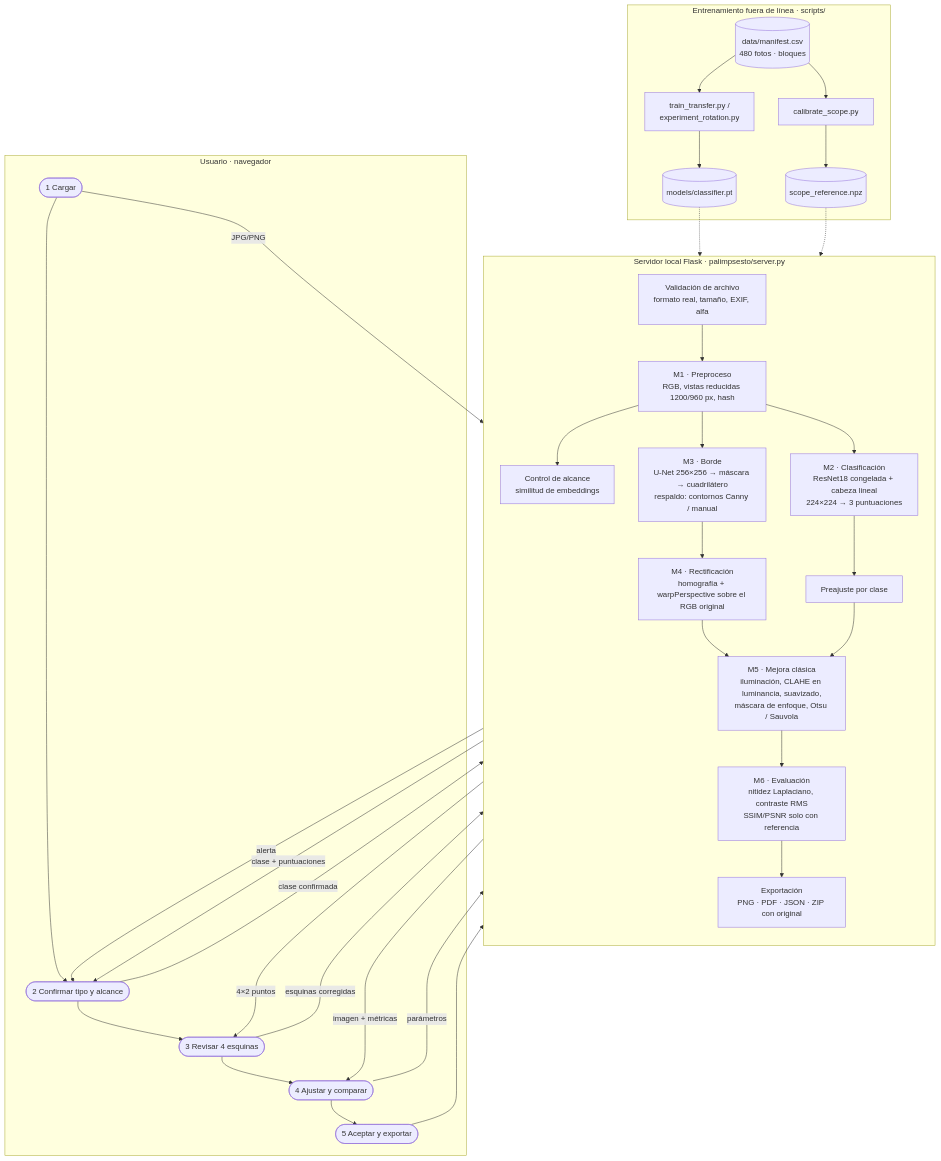
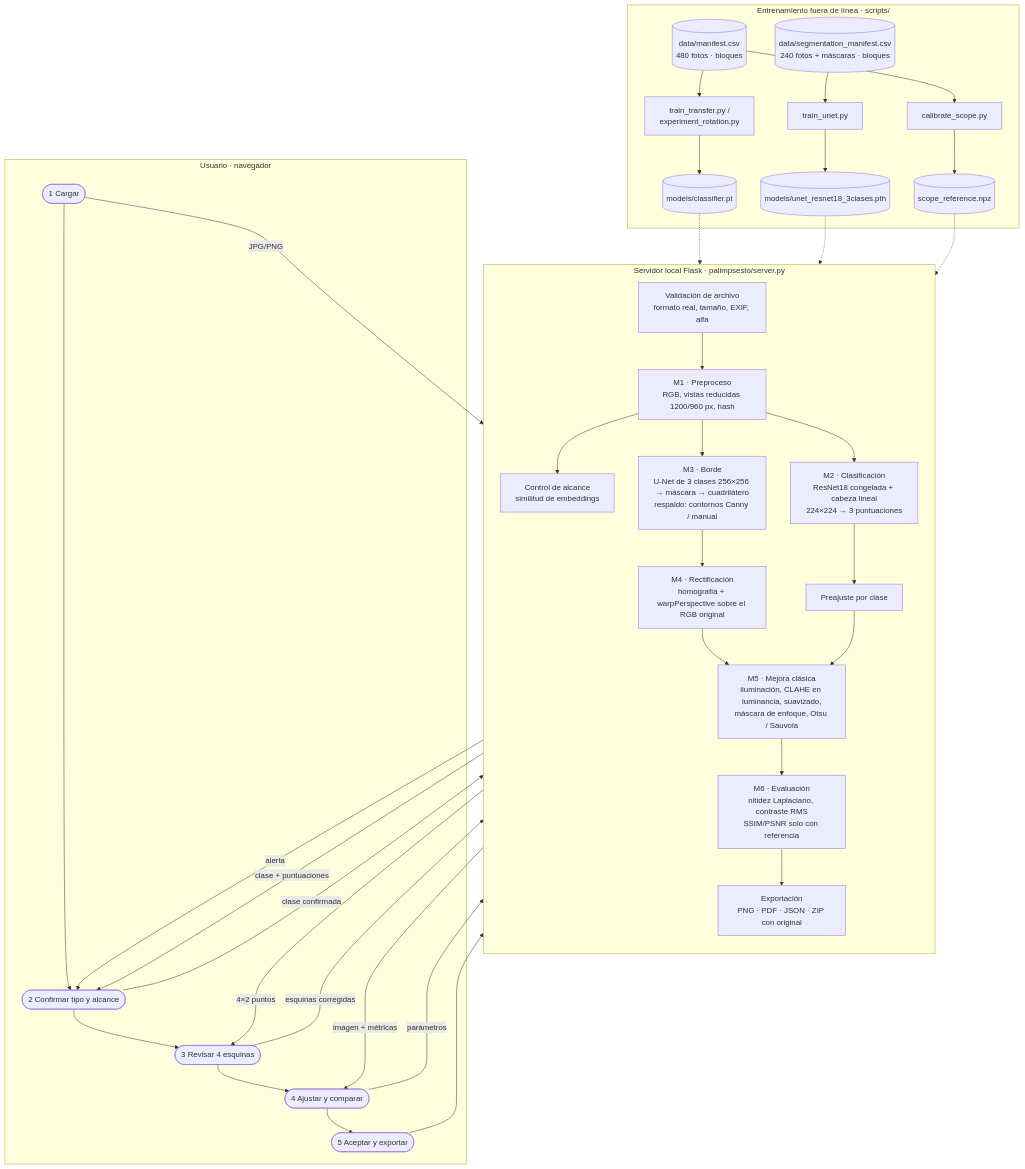
The diagram in README.md (juanffff-hub/palimpsesto-pdi), drawn with Mermaid before and after one commit. The commit also changed other lines of this file and 8 other files, not shown here.

First line of the commit message:
docs: documentar la U-Net de 3 clases y actualizar resultados

````diff
--- a/README.md
+++ b/README.md
@@ -72,35 +72,37 @@
 ```mermaid
 flowchart TB
   subgraph U[Usuario · navegador]
     U1([1 Cargar]) --> U2([2 Confirmar tipo y alcance]) --> U3([3 Revisar 4 esquinas]) --> U4([4 Ajustar y comparar]) --> U5([5 Aceptar y exportar])
   end
   subgraph S[Servidor local Flask · palimpsesto/server.py]
     direction TB
     V[Validación de archivo<br/>formato real, tamaño, EXIF, alfa] --> M1[M1 · Preproceso<br/>RGB, vistas reducidas 1200/960 px, hash]
     M1 --> AL[Control de alcance<br/>similitud de embeddings]
     M1 --> M2[M2 · Clasificación<br/>ResNet18 congelada + cabeza lineal<br/>224×224 → 3 puntuaciones]
     M2 --> P[Preajuste por clase]
-    M1 --> M3[M3 · Borde<br/>U-Net 256×256 → máscara → cuadrilátero<br/>respaldo: contornos Canny / manual]
+    M1 --> M3[M3 · Borde<br/>U-Net de 3 clases 256×256 → máscara → cuadrilátero<br/>respaldo: contornos Canny / manual]
     M3 --> M4[M4 · Rectificación<br/>homografía + warpPerspective sobre el RGB original]
     M4 --> M5[M5 · Mejora clásica<br/>iluminación, CLAHE en luminancia, suavizado,<br/>máscara de enfoque, Otsu / Sauvola]
     P --> M5
     M5 --> M6[M6 · Evaluación<br/>nitidez Laplaciano, contraste RMS<br/>SSIM/PSNR solo con referencia]
     M6 --> X[Exportación<br/>PNG · PDF · JSON · ZIP con original]
   end
   U1 -- JPG/PNG --> V
   AL -- alerta --> U2
   M2 -- clase + puntuaciones --> U2
   U2 -- clase confirmada --> P
   M3 -- 4×2 puntos --> U3
   U3 -- esquinas corregidas --> M4
   U4 -- parámetros --> M5
   M6 -- imagen + métricas --> U4
   U5 --> X
   subgraph T[Entrenamiento fuera de línea · scripts/]
     D[(data/manifest.csv<br/>480 fotos · bloques)] --> TR[train_transfer.py /<br/>experiment_rotation.py]
     TR --> W[(models/classifier.pt)]
     D --> CS[calibrate_scope.py] --> SB[(scope_reference.npz)]
+    DS[(data/segmentation_manifest.csv<br/>240 fotos + máscaras · bloques)] --> TU[train_unet.py] --> WU[(models/unet_resnet18_3clases.pth)]
   end
   W -.-> M2
+  WU -.-> M3
   SB -.-> AL
 ```
````
